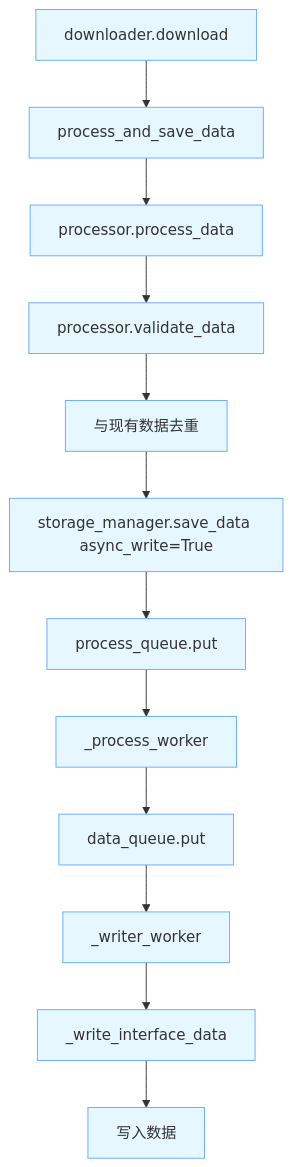
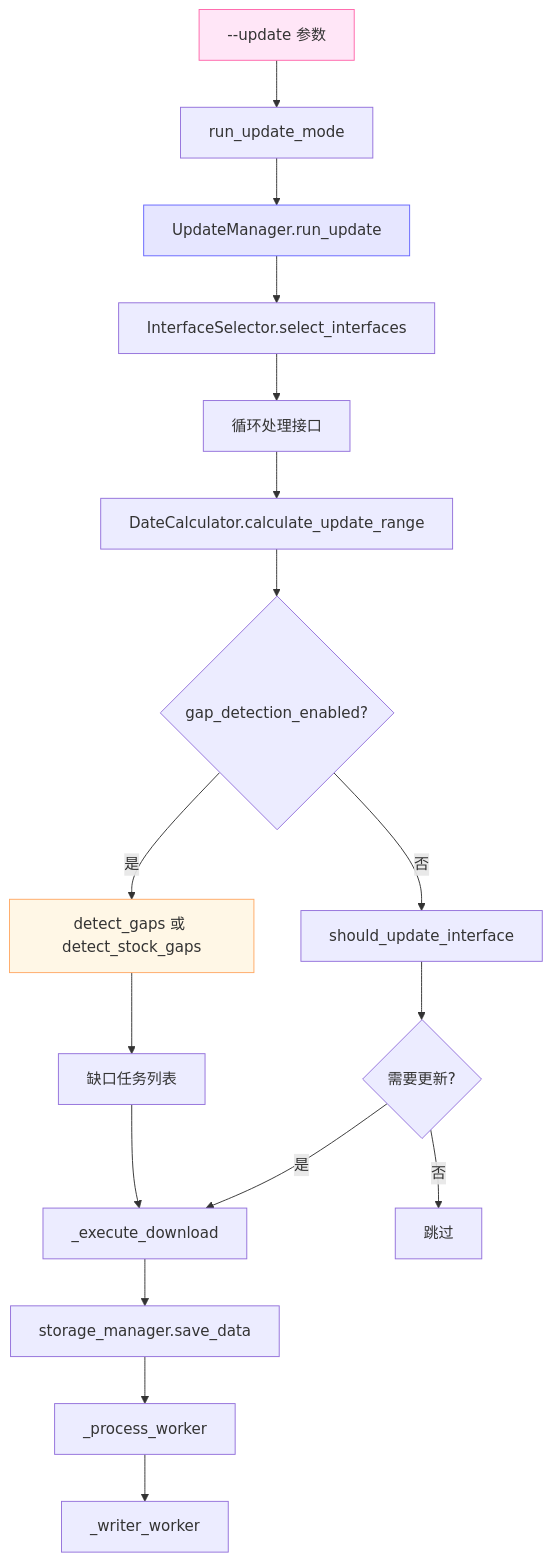
Diagram 17 of 17 in p/main_to_interface_flow.md (k2o333/quantaalpha), drawn with Mermaid before and after one commit. The commit also changed other lines of this file and 1 other file, not shown here.

````diff
--- a/p/main_to_interface_flow.md
+++ b/p/main_to_interface_flow.md
@@ -399,27 +539,23 @@
 ```mermaid
 graph TD
-    A[downloader.download] --> B[process_and_save_data]
-    B --> C[processor.process_data]
-    C --> D[processor.validate_data]
-    D --> E[与现有数据去重]
-    E --> F[storage_manager.save_data async_write=True]
-    F --> G[process_queue.put]
-    G --> H[_process_worker]
-    H --> I[data_queue.put]
-    I --> J[_writer_worker]
-    J --> K[_write_interface_data]
-    K --> L[写入数据]
+    A[--update 参数] --> B[run_update_mode]
+    B --> C[UpdateManager.run_update]
+    C --> D[InterfaceSelector.select_interfaces]
+    D --> E[循环处理接口]
+    E --> F[DateCalculator.calculate_update_range]
+    F --> G{gap_detection_enabled?}
+    G -->|是| H[detect_gaps 或 detect_stock_gaps]
+    G -->|否| I[should_update_interface]
+    H --> J[缺口任务列表]
+    I --> K{需要更新?}
+    K -->|是| L[_execute_download]
+    K -->|否| M[跳过]
+    J --> L
+    L --> N[storage_manager.save_data]
+    N --> O[_process_worker]
+    O --> P[_writer_worker]
 
-    style A fill:#e6f7ff,stroke:#66aaff
-    style B fill:#e6f7ff,stroke:#66aaff
-    style C fill:#e6f7ff,stroke:#66aaff
-    style D fill:#e6f7ff,stroke:#66aaff
-    style E fill:#e6f7ff,stroke:#66aaff
-    style F fill:#e6f7ff,stroke:#66aaff
-    style G fill:#e6f7ff,stroke:#66aaff
-    style H fill:#e6f7ff,stroke:#66aaff
-    style I fill:#e6f7ff,stroke:#66aaff
-    style J fill:#e6f7ff,stroke:#66aaff
-    style K fill:#e6f7ff,stroke:#66aaff
-    style L fill:#e6f7ff,stroke:#66aaff
+    style A fill:#ffe6f7,stroke:#ff66aa
+    style C fill:#e6e6ff,stroke:#6666ff
+    style H fill:#fff7e6,stroke:#ffaa66
 ```
````
